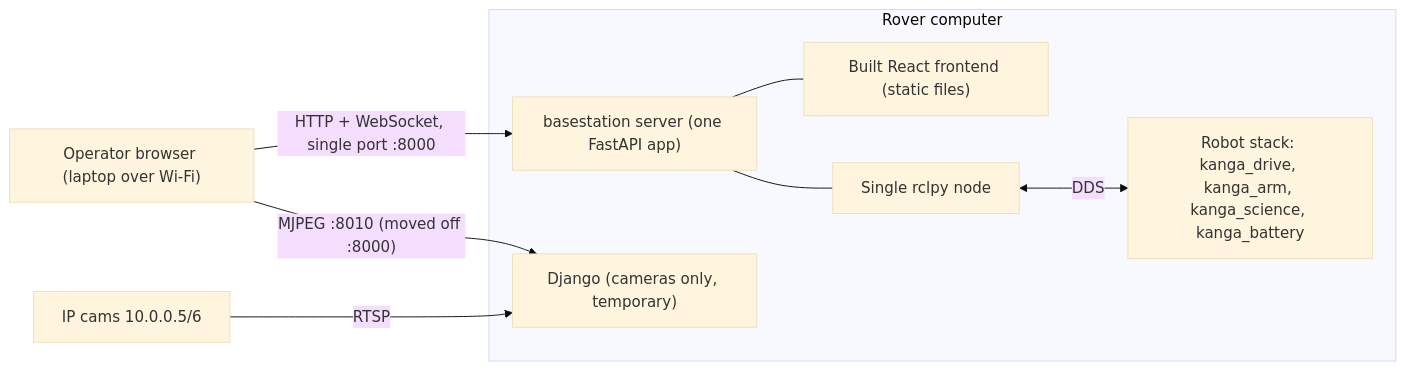
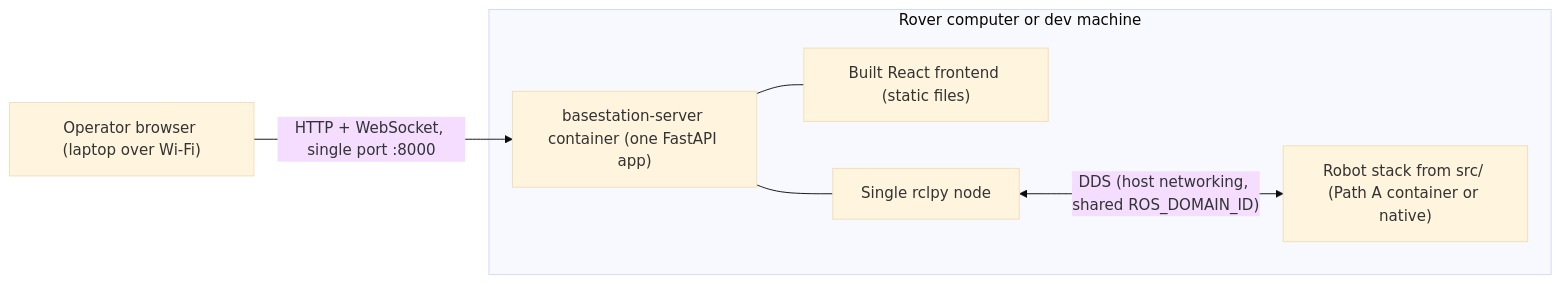
One commit to UOW-TronSoc/ARCh-Kanga changed the first of 2 diagrams in basestation/REDESIGN_PLAN.md. Above: the diagram before and after it, drawn with Mermaid (base theme). The commit also changed other lines of this file and 1 other file, not shown here.

Commit message:
updated redesign plan for the basestation

````diff
--- a/basestation/REDESIGN_PLAN.md
+++ b/basestation/REDESIGN_PLAN.md
@@ -21,16 +99,12 @@
 ```mermaid
 flowchart LR
     Browser["Operator browser (laptop over Wi-Fi)"]
     Browser -->|"HTTP + WebSocket, single port :8000"| Server
 
-    subgraph rover [Rover computer]
-        Server["basestation server (one FastAPI app)"]
+    subgraph rover [Rover computer or dev machine]
+        Server["basestation-server container (one FastAPI app)"]
         Server --- Static["Built React frontend (static files)"]
         Server --- Node["Single rclpy node"]
-        Node <-->|DDS| Robot["Robot stack: kanga_drive, kanga_arm, kanga_science, kanga_battery"]
-        DjangoCam["Django (cameras only, temporary)"]
+        Node <-->|"DDS (host networking, shared ROS_DOMAIN_ID)"| Robot["Robot stack from src/ (Path A container or native)"]
     end
-
-    Browser -->|"MJPEG :8010 (moved off :8000)"| DjangoCam
-    IPCams["IP cams 10.0.0.5/6"] -->|RTSP| DjangoCam
 ```
````
